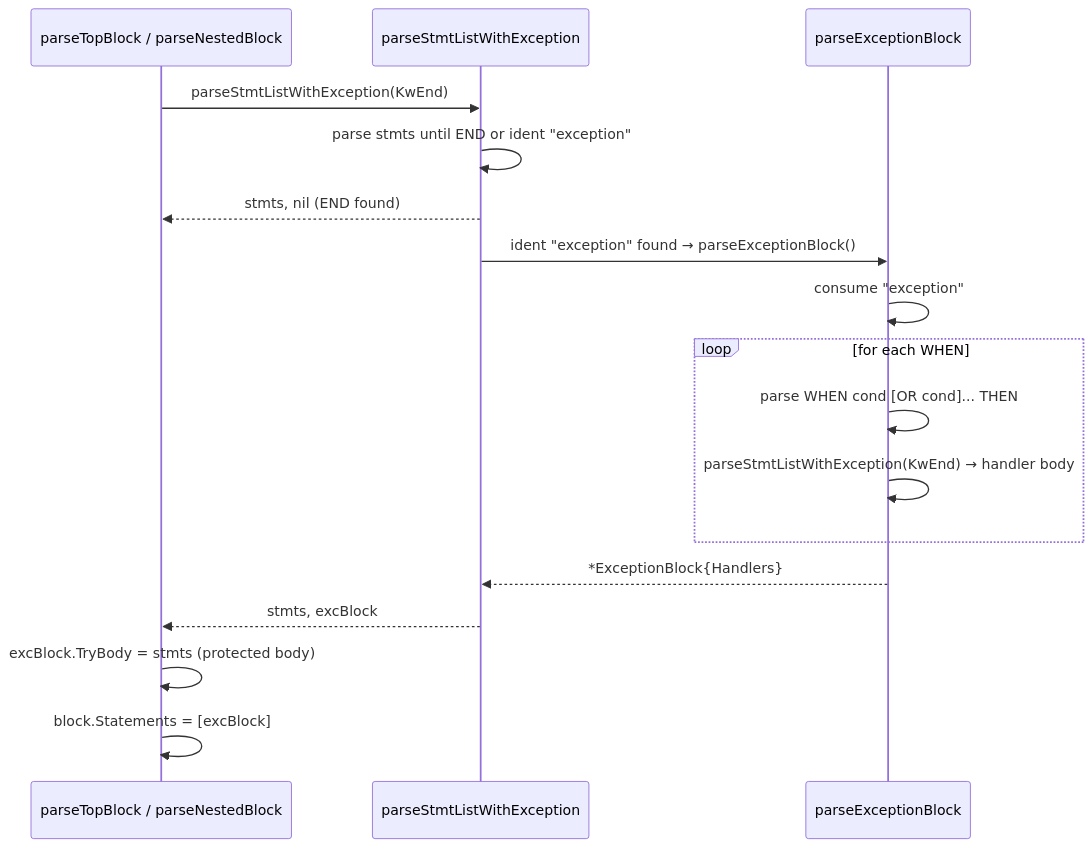
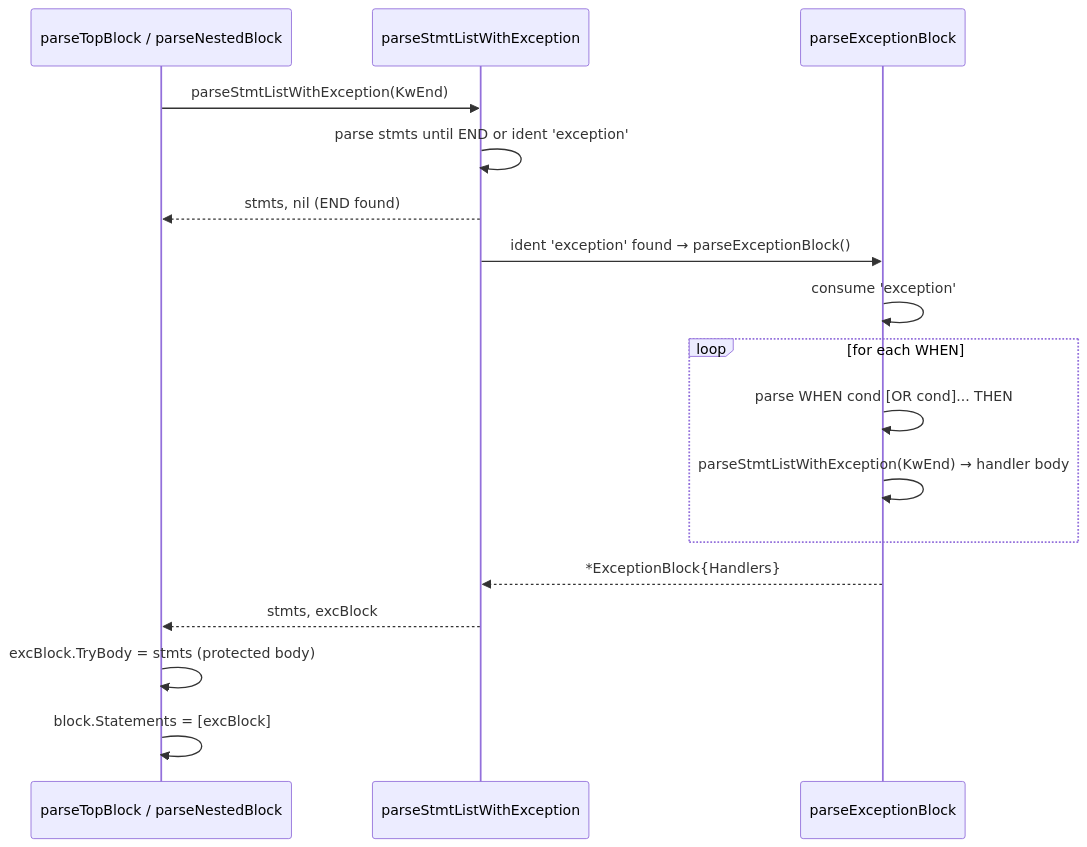
Before and after one commit to ryogrid/goopg: the fifth of 7 diagrams in docs/wiki/modules/plpgsql.md, drawn with Mermaid. The commit also changed other lines of this file and 24 other files, not shown here.

Commit message:
docs(wiki): fix mermaid syntax errors — reserve keyword LINK, flow chart parens, seq msg quotes/semicolons — M-NIGHTLY

````diff
--- a/docs/wiki/modules/plpgsql.md
+++ b/docs/wiki/modules/plpgsql.md
@@ -280,20 +280,20 @@
 ```mermaid
 sequenceDiagram
     participant TOP as parseTopBlock / parseNestedBlock
     participant SL as parseStmtListWithException
     participant EB as parseExceptionBlock
 
     TOP->>SL: parseStmtListWithException(KwEnd)
-    SL->>SL: parse stmts until END or ident "exception"
+SL->>SL: parse stmts until END or ident 'exception'
     SL-->>TOP: stmts, nil (END found)
-    SL->>EB: ident "exception" found → parseExceptionBlock()
-    EB->>EB: consume "exception"
+SL->>EB: ident 'exception' found → parseExceptionBlock()
+EB->>EB: consume 'exception'
     loop for each WHEN
         EB->>EB: parse WHEN cond [OR cond]... THEN
         EB->>EB: parseStmtListWithException(KwEnd) → handler body
     end
     EB-->>SL: *ExceptionBlock{Handlers}
     SL-->>TOP: stmts, excBlock
     TOP->>TOP: excBlock.TryBody = stmts (protected body)
     TOP->>TOP: block.Statements = [excBlock]
 ```
````
